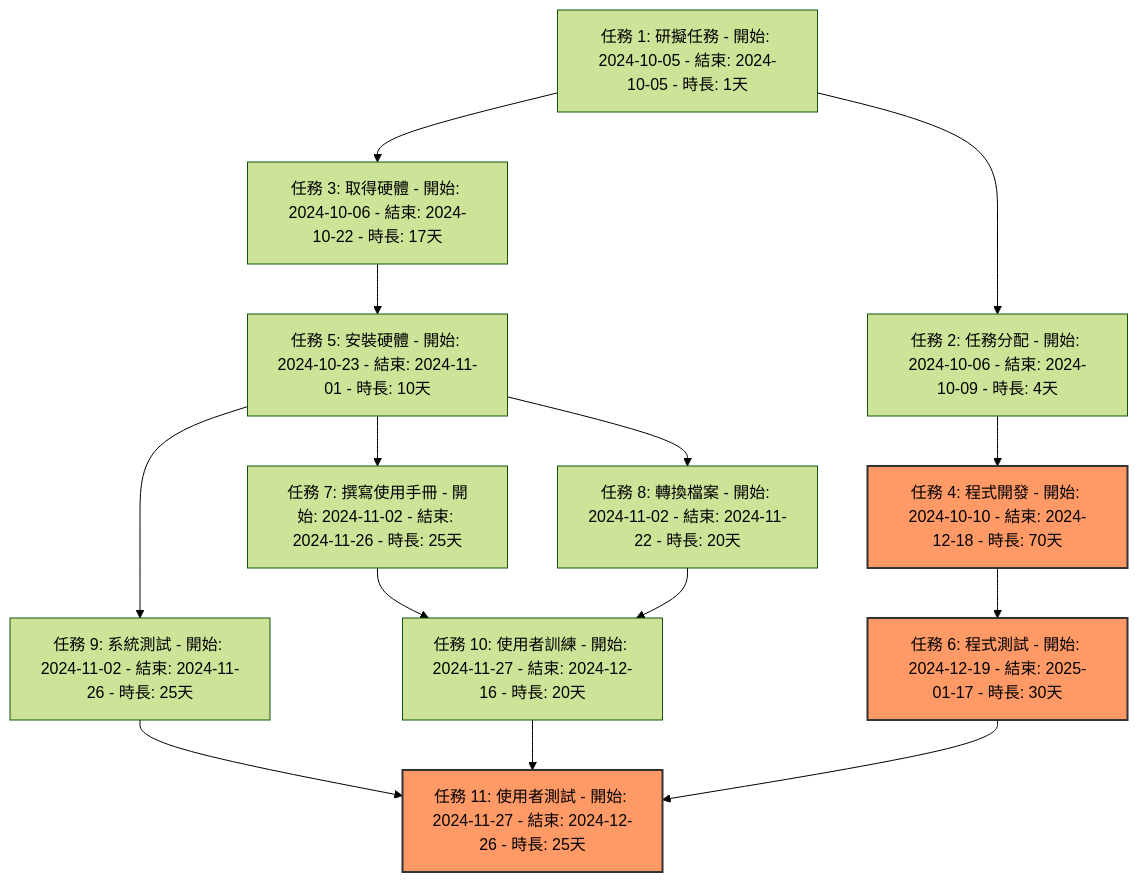
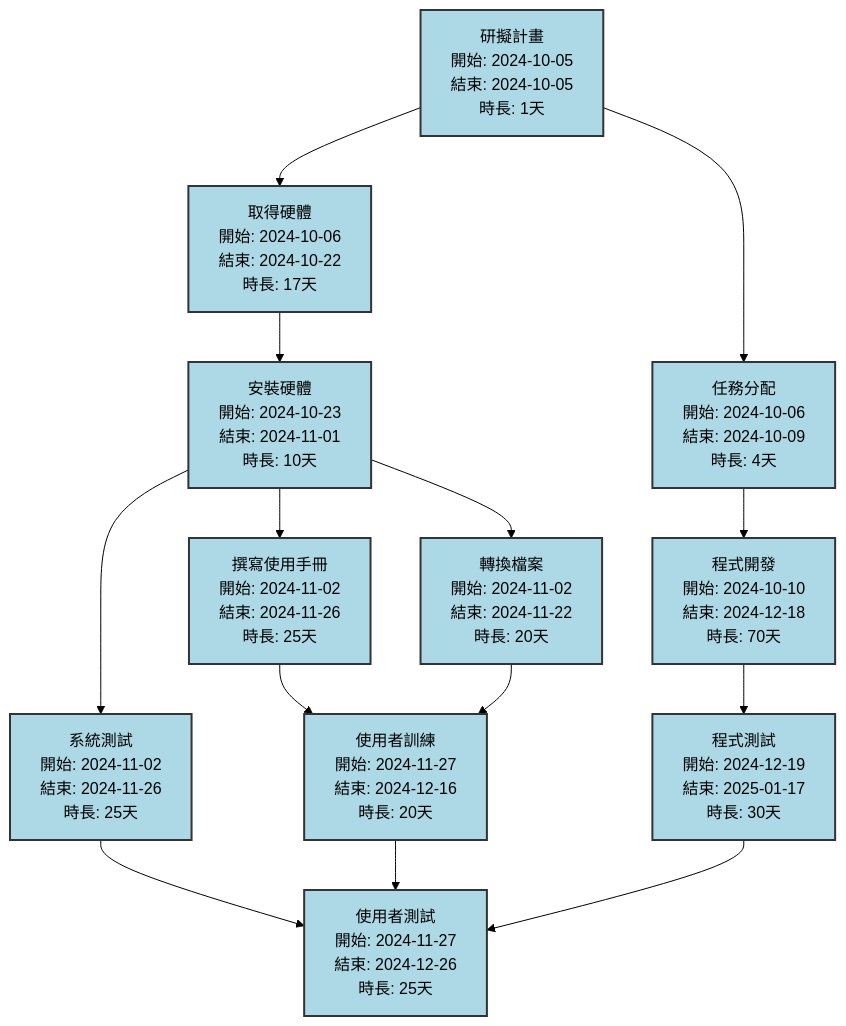
Before and after one commit to Yachi0204/2024_home: the first of 3 diagrams in hw2.md, drawn with Mermaid (forest theme). The commit also changed other lines of this file, not shown here.

````diff
--- a/hw2.md
+++ b/hw2.md
@@ -1,20 +1,19 @@
 ```mermaid
 graph TD;
-    A[任務 1: 研擬任務 - 開始: 2024-10-05 - 結束: 2024-10-05 - 時長: 1天] --> B[任務 2: 任務分配 - 開始: 2024-10-06 - 結束: 2024-10-09 - 時長: 4天];
-    A --> C[任務 3: 取得硬體 - 開始: 2024-10-06 - 結束: 2024-10-22 - 時長: 17天];
-    B --> D[任務 4: 程式開發 - 開始: 2024-10-10 - 結束: 2024-12-18 - 時長: 70天];
-    C --> E[任務 5: 安裝硬體 - 開始: 2024-10-23 - 結束: 2024-11-01 - 時長: 10天];
-    D --> F[任務 6: 程式測試 - 開始: 2024-12-19 - 結束: 2025-01-17 - 時長: 30天];
-    E --> G[任務 7: 撰寫使用手冊 - 開始: 2024-11-02 - 結束: 2024-11-26 - 時長: 25天];
-    E --> H[任務 8: 轉換檔案 - 開始: 2024-11-02 - 結束: 2024-11-22 - 時長: 20天];
-    E --> I[任務 9: 系統測試 - 開始: 2024-11-02 - 結束: 2024-11-26 - 時長: 25天];
-    G --> J[任務 10: 使用者訓練 - 開始: 2024-11-27 - 結束: 2024-12-16 - 時長: 20天];
+    A[研擬計畫<br>開始: 2024-10-05<br>結束: 2024-10-05<br>時長: 1天] --> B[任務分配<br>開始: 2024-10-06<br>結束: 2024-10-09<br>時長: 4天];
+    A --> C[取得硬體<br>開始: 2024-10-06<br>結束: 2024-10-22<br>時長: 17天];
+    B --> D[程式開發<br>開始: 2024-10-10<br>結束: 2024-12-18<br>時長: 70天];
+    C --> E[安裝硬體<br>開始: 2024-10-23<br>結束: 2024-11-01<br>時長: 10天];
+    D --> F[程式測試<br>開始: 2024-12-19<br>結束: 2025-01-17<br>時長: 30天];
+    E --> G[撰寫使用手冊<br>開始: 2024-11-02<br>結束: 2024-11-26<br>時長: 25天];
+    E --> H[轉換檔案<br>開始: 2024-11-02<br>結束: 2024-11-22<br>時長: 20天];
+    E --> I[系統測試<br>開始: 2024-11-02<br>結束: 2024-11-26<br>時長: 25天];
+    G --> J[使用者訓練<br>開始: 2024-11-27<br>結束: 2024-12-16<br>時長: 20天];
     H --> J;
-    I --> K[任務 11: 使用者測試 - 開始: 2024-11-27 - 結束: 2024-12-26 - 時長: 25天];
+    I --> K[使用者測試<br>開始: 2024-11-27<br>結束: 2024-12-26<br>時長: 25天];
     J --> K;
     F --> K;
 
-    class D,F,K red;
-
-    classDef red fill:#f96,stroke:#333,stroke-width:2px;
+    classDef default fill:#add8e6,stroke:#333,stroke-width:2px;
+    classDef keyTask fill:#ffcccb,stroke:#ff0000,stroke-width:2px;
 ```
````
